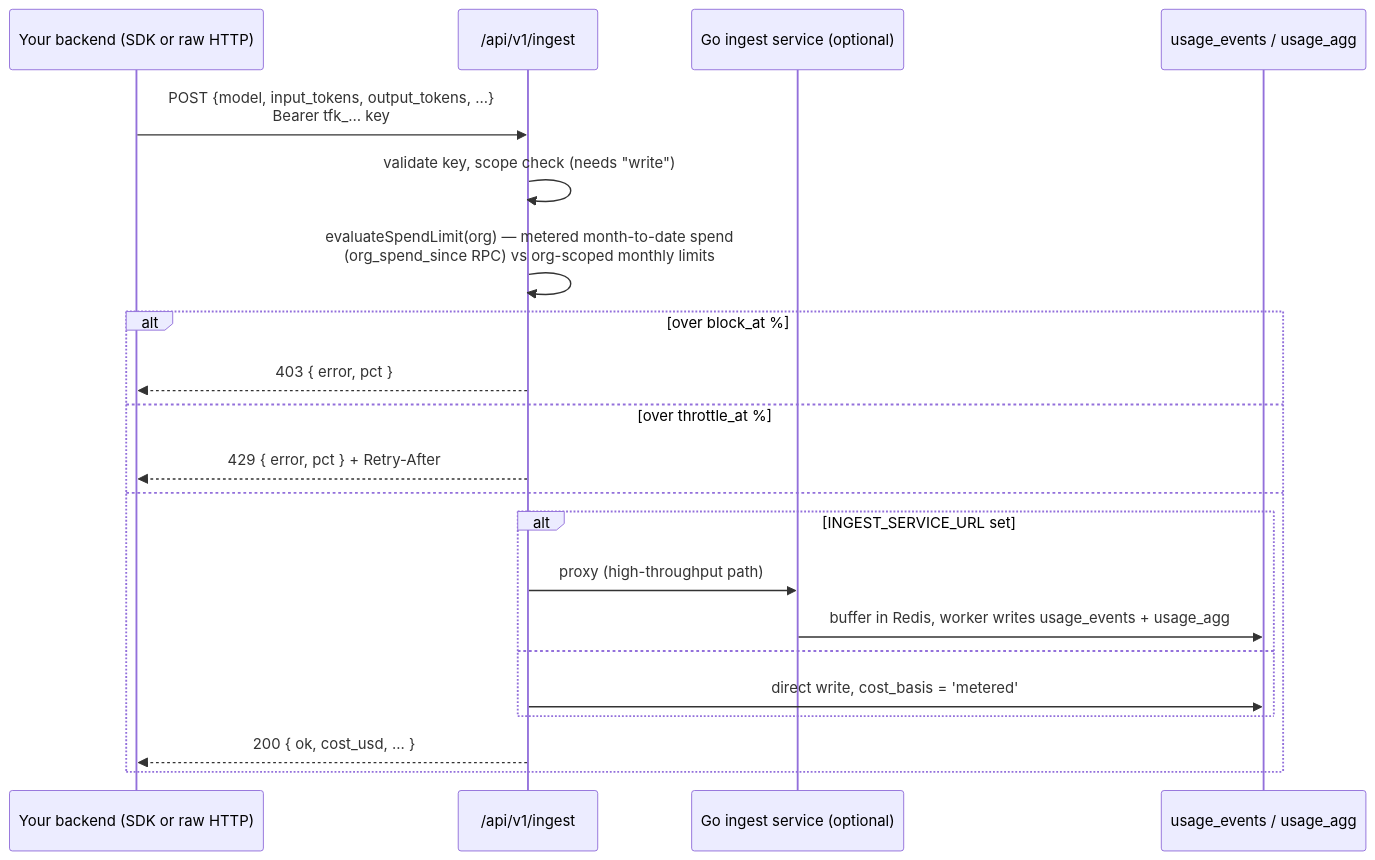
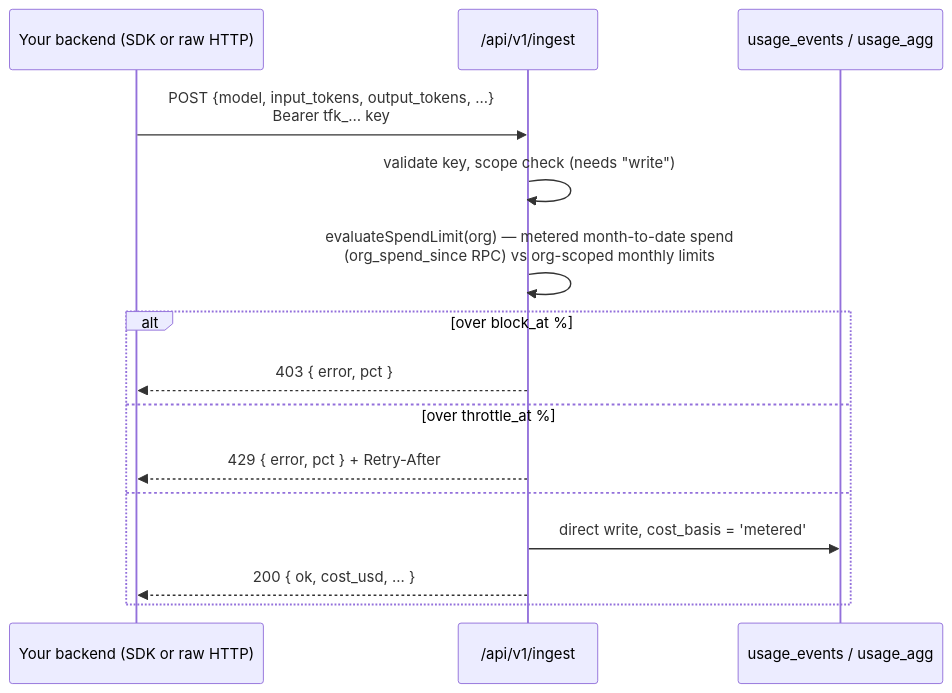
One commit to pankajneema/tokenfin changed the second of 2 diagrams in docs/data-flow.md. Above: the diagram before and after it, drawn with Mermaid. The commit also changed other lines of this file and 454 other files, not shown here.

````diff
--- a/docs/data-flow.md
+++ b/docs/data-flow.md
@@ -141,24 +141,18 @@
 ```mermaid
 sequenceDiagram
     participant Caller as Your backend (SDK or raw HTTP)
     participant Route as /api/v1/ingest
-    participant Go as Go ingest service (optional)
     participant DB as usage_events / usage_agg
 
     Caller->>Route: POST {model, input_tokens, output_tokens, ...}<br/>Bearer tfk_… key
     Route->>Route: validate key, scope check (needs "write")
     Route->>Route: evaluateSpendLimit(org) — metered month-to-date spend<br/>(org_spend_since RPC) vs org-scoped monthly limits
     alt over block_at %
         Route-->>Caller: 403 { error, pct }
     else over throttle_at %
         Route-->>Caller: 429 { error, pct } + Retry-After
     else
-        alt INGEST_SERVICE_URL set
-            Route->>Go: proxy (high-throughput path)
-            Go->>DB: buffer in Redis, worker writes usage_events + usage_agg
-        else
-            Route->>DB: direct write, cost_basis = 'metered'
-        end
+        Route->>DB: direct write, cost_basis = 'metered'
         Route-->>Caller: 200 { ok, cost_usd, ... }
     end
 ```
````
